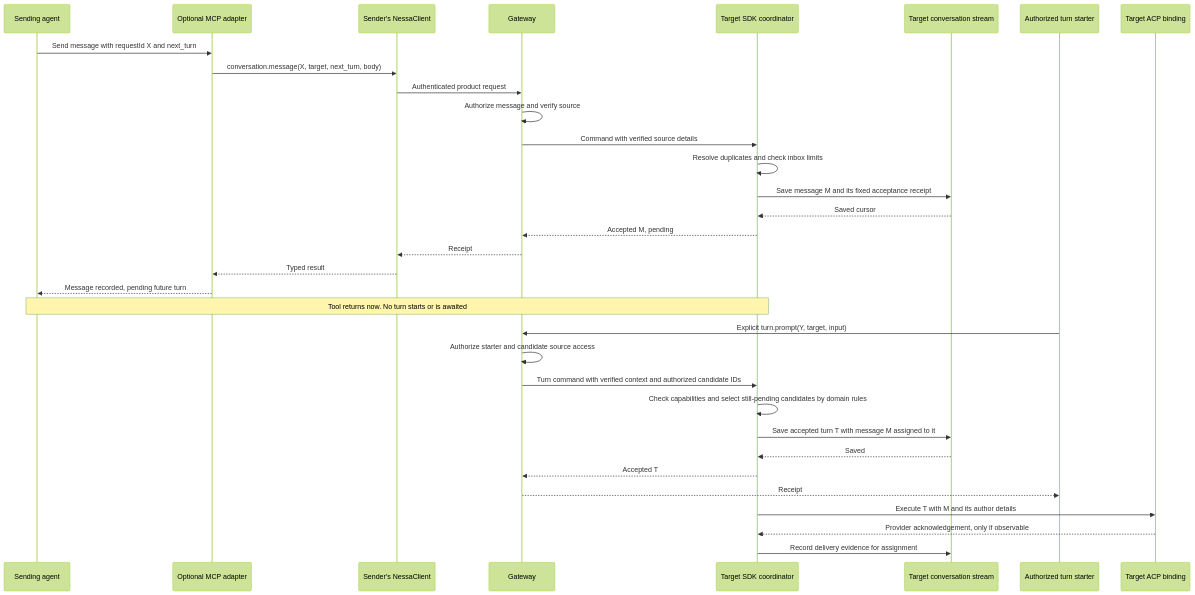
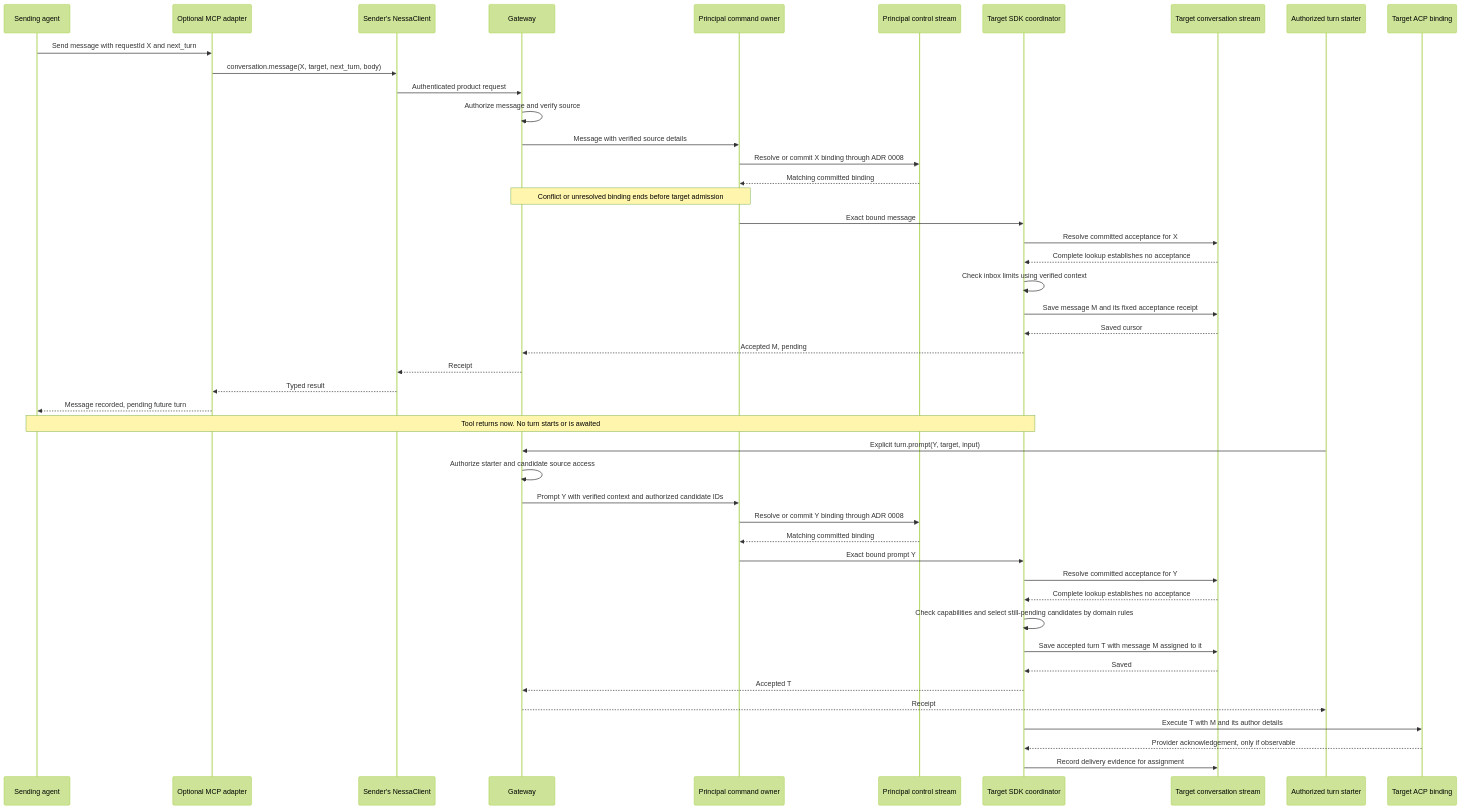
Before and after one commit to nessalabs/nessa-agent: the third of 4 diagrams in docs/design/collaboration-sequences-and-mcp.md, drawn with Mermaid (forest theme). The commit also changed other lines of this file and 7 other files, not shown here.

````diff
--- a/docs/design/collaboration-sequences-and-mcp.md
+++ b/docs/design/collaboration-sequences-and-mcp.md
@@ -109,35 +124,48 @@
 ```mermaid
 sequenceDiagram
     participant E as Sending agent
     participant M as Optional MCP adapter
     participant C as Sender's NessaClient
     participant G as Gateway
+    participant I as Principal command owner
+    participant K as Principal control stream
     participant R as Target SDK coordinator
     participant S as Target conversation stream
     participant O as Authorized turn starter
     participant P as Target ACP binding
     E->>M: Send message with requestId X and next_turn
     M->>C: conversation.message(X, target, next_turn, body)
     C->>G: Authenticated product request
     G->>G: Authorize message and verify source
-    G->>R: Command with verified source details
-    R->>R: Resolve duplicates and check inbox limits
+    G->>I: Message with verified source details
+    I->>K: Resolve or commit X binding through ADR 0008
+    K-->>I: Matching committed binding
+    Note over G,I: Conflict or unresolved binding ends before target admission
+    I->>R: Exact bound message
+    R->>S: Resolve committed acceptance for X
+    S-->>R: Complete lookup establishes no acceptance
+    R->>R: Check inbox limits using verified context
     R->>S: Save message M and its fixed acceptance receipt
     S-->>R: Saved cursor
     R-->>G: Accepted M, pending
     G-->>C: Receipt
     C-->>M: Typed result
     M-->>E: Message recorded, pending future turn
     Note over E,R: Tool returns now. No turn starts or is awaited
     O->>G: Explicit turn.prompt(Y, target, input)
     G->>G: Authorize starter and candidate source access
-    G->>R: Turn command with verified context and authorized candidate IDs
+    G->>I: Prompt Y with verified context and authorized candidate IDs
+    I->>K: Resolve or commit Y binding through ADR 0008
+    K-->>I: Matching committed binding
+    I->>R: Exact bound prompt Y
+    R->>S: Resolve committed acceptance for Y
+    S-->>R: Complete lookup establishes no acceptance
     R->>R: Check capabilities and select still-pending candidates by domain rules
     R->>S: Save accepted turn T with message M assigned to it
     S-->>R: Saved
     R-->>G: Accepted T
     G-->>O: Receipt
     R->>P: Execute T with M and its author details
     P-->>R: Provider acknowledgement, only if observable
     R->>S: Record delivery evidence for assignment
 ```
````
